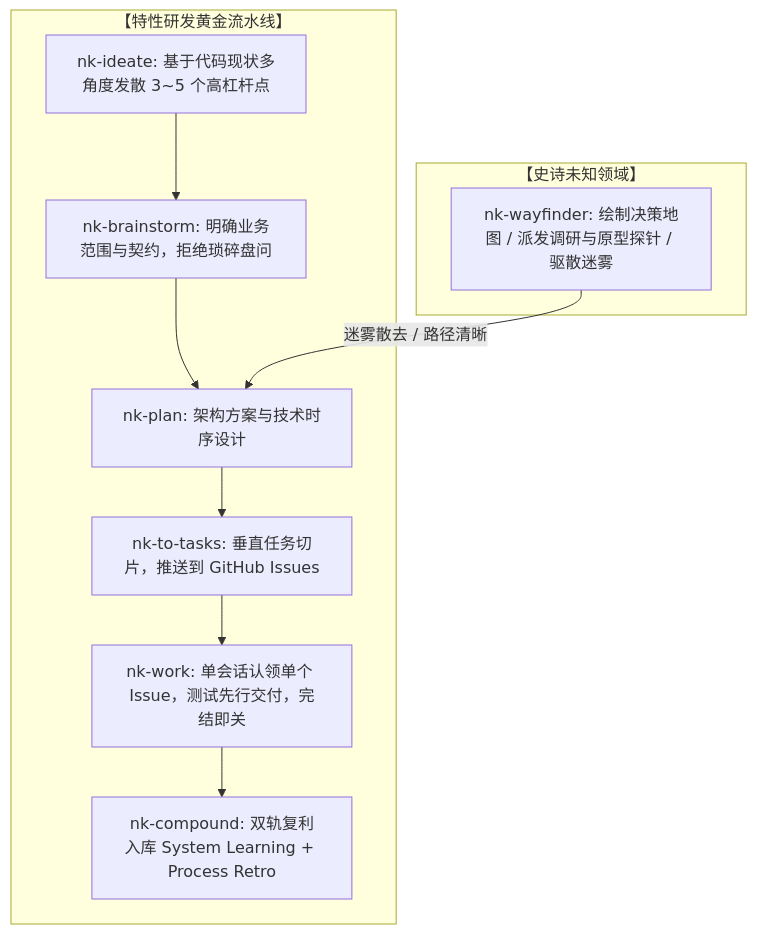
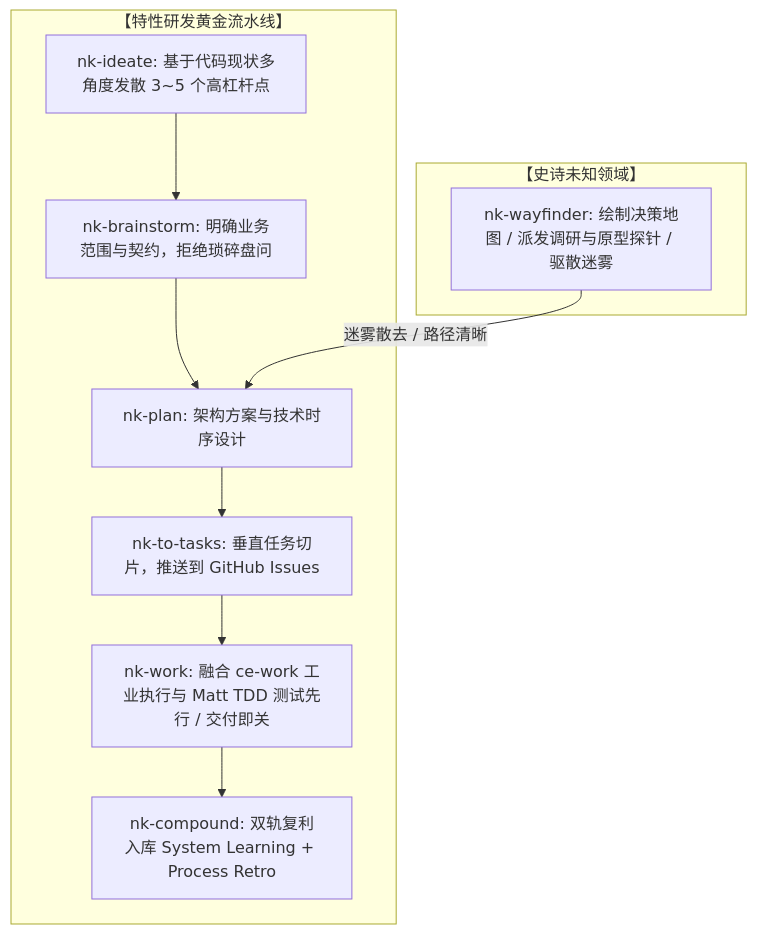
Before and after one commit to steven123397/nexuskit: the diagram in docs/ideation/nexuskit-framework-ideation.md, drawn with Mermaid. The commit also changed other lines of this file and 1 other file, not shown here.

Commit message:
docs: add local reference paths and merge tdd discipline into nk-work

````diff
--- a/docs/ideation/nexuskit-framework-ideation.md
+++ b/docs/ideation/nexuskit-framework-ideation.md
@@ -111,16 +112,16 @@
 ```mermaid
 flowchart TD
     subgraph Epic ["【史诗未知领域】"]
         W[nk-wayfinder: 绘制决策地图 / 派发调研与原型探针 / 驱散迷雾]
     end
 
     subgraph Pipeline ["【特性研发黄金流水线】"]
         I[nk-ideate: 基于代码现状多角度发散 3~5 个高杠杆点] --> B[nk-brainstorm: 明确业务范围与契约，拒绝琐碎盘问]
         B --> P[nk-plan: 架构方案与技术时序设计]
         P --> T[nk-to-tasks: 垂直任务切片，推送到 GitHub Issues]
-        T --> K[nk-work: 单会话认领单个 Issue，测试先行交付，完结即关]
+        T --> K[nk-work: 融合 ce-work 工业执行与 Matt TDD 测试先行 / 交付即关]
         K --> C[nk-compound: 双轨复利入库 System Learning + Process Retro]
     end
 
     W -->|迷雾散去 / 路径清晰| P
 ```
````
